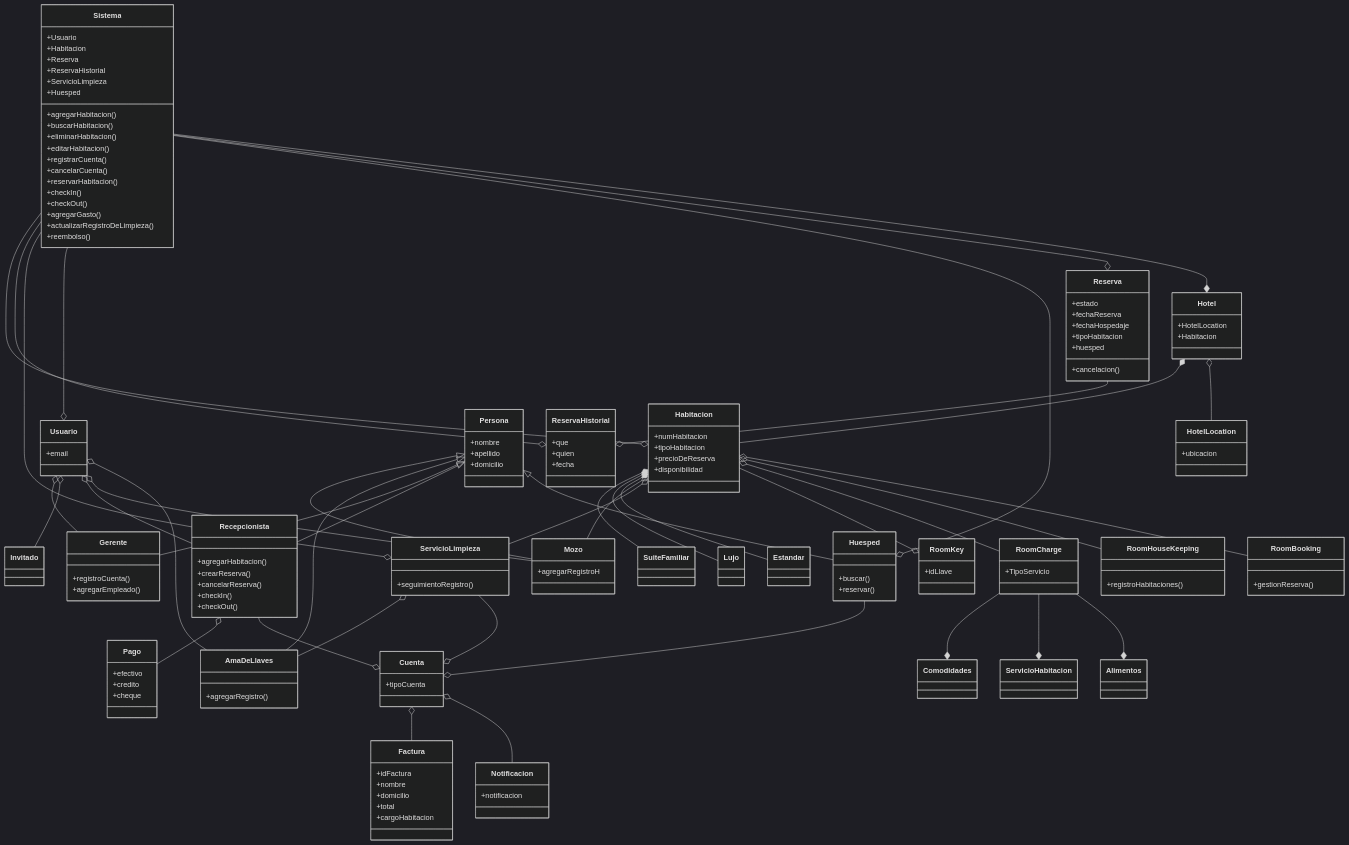
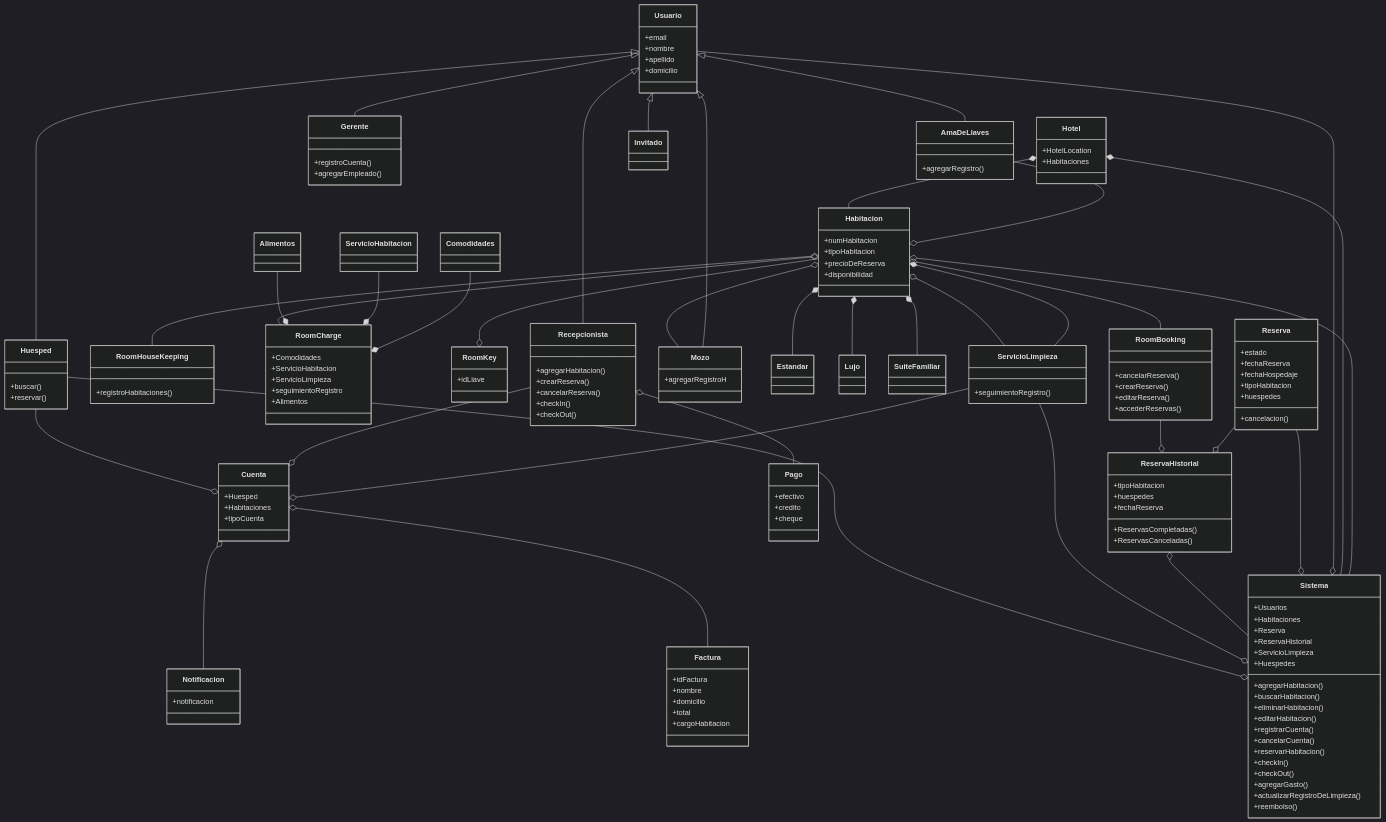
Before and after one commit to abrilchauq/Gestion-Hotelera: the diagram in doc/diagrama.mmd, drawn with Mermaid (dark theme).

```diff
--- a/doc/diagrama.mmd
+++ b/doc/diagrama.mmd
@@ -1,172 +1,177 @@
 classDiagram
 
-    Hotel o-- HotelLocation
     Hotel *-- Habitacion
     
     class Hotel
     Hotel: +HotelLocation
-    Hotel: +Habitacion
+    Hotel: +Habitaciones
 
-    class HotelLocation
-    HotelLocation: +ubicacion
 
-    Persona <|-- Huesped 
-    Persona <|-- Recepcionista
-    Persona <|-- Gerente
-    Persona <|-- AmaDeLlaves
-    Persona <|-- Mozo
-
-    class Persona 
-    Persona: +nombre
-    Persona: +apellido
-    Persona: +domicilio
 
     Habitacion o-- RoomBooking
     Habitacion o-- RoomHouseKeeping
     Habitacion o-- RoomCharge
     Habitacion --o RoomKey
     Habitacion o-- ServicioLimpieza
     Habitacion o-- Mozo
     Habitacion *-- Estandar
     Habitacion *-- Lujo
     Habitacion *-- SuiteFamiliar
 
     class Habitacion
     Habitacion: +numHabitacion
     Habitacion: +tipoHabitacion
     Habitacion: +precioDeReserva
     Habitacion: +disponibilidad
 
     Cuenta o-- Notificacion
     Cuenta o-- Factura
 
     class Cuenta
+    Cuenta: +Huesped
+    Cuenta: +Habitaciones
     Cuenta: +tipoCuenta
 
     class Gerente
     Gerente: +registroCuenta()
     Gerente: +agregarEmpleado()
 
     Huesped --o Cuenta
+    Huesped --o Sistema
 
     class Huesped
     Huesped: +buscar()
     Huesped: +reservar()
+
+    AmaDeLlaves --o Habitacion
 
     class AmaDeLlaves
     AmaDeLlaves: +agregarRegistro()
 
     Recepcionista --o Cuenta
     Recepcionista o-- Pago
 
     class Recepcionista
     Recepcionista: +agregarHabitacion()
     Recepcionista: +crearReserva()
     Recepcionista: +cancelarReserva()
     Recepcionista: +checkIn()
     Recepcionista: +checkOut()
 
+    ServicioLimpieza --o Sistema
     ServicioLimpieza --o Cuenta
-    ServicioLimpieza o-- AmaDeLlaves
+    ServicioLimpieza --* Habitacion
 
     class ServicioLimpieza
     ServicioLimpieza: +seguimientoRegistro()
 
     class RoomBooking 
-    RoomBooking: +gestionReserva()
+    RoomBooking: +cancelarReserva()
+    RoomBooking: +crearReserva()
+    RoomBooking: +editarReserva()
+    RoomBooking: +accederReservas()
+
+    RoomBooking --o ReservaHistorial
 
     class Notificacion
     Notificacion: +notificacion
 
     class RoomHouseKeeping
     RoomHouseKeeping: +registroHabitaciones()
 
-    RoomCharge --* Alimentos
-    RoomCharge --* ServicioHabitacion
-    RoomCharge --* Comodidades
-
     class RoomCharge
-    
-    RoomCharge: +TipoServicio
+    RoomCharge: +Comodidades
+    RoomCharge: +ServicioHabitacion
+    RoomCharge: +ServicioLimpieza
+    RoomCharge: +seguimientoRegistro
+    RoomCharge: +Alimentos
 
     class Factura
     Factura: +idFactura
     Factura: +nombre
     Factura: +domicilio
     Factura: +total
     Factura: +cargoHabitacion
 
     class RoomKey 
     RoomKey: +idLlave
 
     class Pago
     Pago: +efectivo
     Pago: +credito
     Pago: +cheque
 
+    ReservaHistorial o--  Sistema
+
     class ReservaHistorial
-    ReservaHistorial: +que
-    ReservaHistorial: +quien
-    ReservaHistorial: +fecha
-
+    ReservaHistorial: +tipoHabitacion
+    ReservaHistorial: +huespedes
+    ReservaHistorial: +fechaReserva
+    ReservaHistorial: +ReservasCompletadas()
+    ReservaHistorial: +ReservasCanceladas()
+    
     Reserva --o ReservaHistorial
+    Reserva --o Sistema
 
     class Reserva
     Reserva: +estado
     Reserva: +fechaReserva
     Reserva: +fechaHospedaje
     Reserva: +tipoHabitacion
-    Reserva: +huesped
+    Reserva: +huespedes
     Reserva: +cancelacion()
 
     class Estandar
 
     class Lujo
 
     class SuiteFamiliar
 
+    Alimentos --* RoomCharge
     class Alimentos
 
+    ServicioHabitacion --* RoomCharge
     class ServicioHabitacion
 
+    Comodidades --* RoomCharge
     class Comodidades
 
     class Mozo
     Mozo: +agregarRegistroH
 
-    Usuario o-- AmaDeLlaves
-    Usuario o-- Mozo 
-    Usuario o-- Recepcionista
-    Usuario o-- Invitado
-    Usuario o-- Gerente
+    Usuario <|-- Huesped
+    Usuario <|--  AmaDeLlaves
+    Usuario <|-- Mozo 
+    Usuario <|-- Recepcionista
+    Usuario <|-- Invitado
+    Usuario <|-- Gerente
+    Usuario --o Sistema
 
     class Usuario
     Usuario: +email
+    Usuario: +nombre
+    Usuario: +apellido
+    Usuario: +domicilio
 
     Sistema --* Hotel
-    Sistema --o Reserva
-    Sistema --o Huesped
-    Sistema --o Usuario
-    Sistema --o ServicioLimpieza
-    Sistema --o ReservaHistorial
     Sistema --o Habitacion
 
     class Sistema
-    Sistema: +Usuario
-    Sistema: +Habitacion
+    Sistema: +Usuarios
+    Sistema: +Habitaciones
     Sistema: +Reserva
     Sistema: +ReservaHistorial
     Sistema: +ServicioLimpieza
-    Sistema: +Huesped
+    Sistema: +Huespedes
     Sistema: +agregarHabitacion()
     Sistema: +buscarHabitacion()
     Sistema: +eliminarHabitacion()
     Sistema: +editarHabitacion()
     Sistema: +registrarCuenta()
     Sistema: +cancelarCuenta()
     Sistema: +reservarHabitacion()
     Sistema: +checkIn()
     Sistema: +checkOut()
     Sistema: +agregarGasto()
     Sistema: +actualizarRegistroDeLimpieza()
     Sistema: +reembolso()
```
